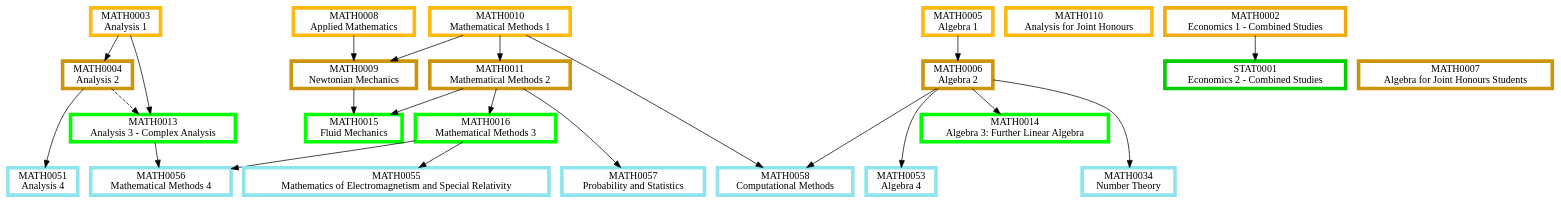
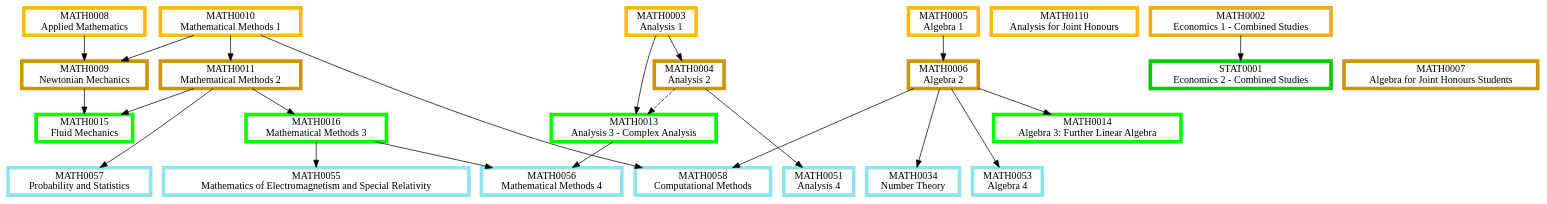
One commit to matthew-towers/pathways changed the diagram in First and Second Year.dot. Above: the diagram before and after it, drawn with Graphviz. The commit also changed 12 other files, not shown here.

```diff
--- a/First and Second Year.dot
+++ b/First and Second Year.dot
@@ -1,88 +1,88 @@
 digraph {
 	node [fillcolor=white penwidth=5 shape=box style="filled,bold"]
 	subgraph "1.0 1" {
 		rank=same
+		MATH0010 [label="MATH0010
+Mathematical Methods 1" color=darkgoldenrod1 href="https://www.ucl.ac.uk/mathematical-physical-sciences/sites/mathematical_physical_sciences/files/math0010.pdf" tooltip="Year 1, term 1"]
 		MATH0008 [label="MATH0008
-Applied Mathematics" color=darkgoldenrod1 href="https://www.ucl.ac.uk/maths/sites/maths/files/math0008.pdf" tooltip="Year 1, term 1"]
+Applied Mathematics" color=darkgoldenrod1 href="https://www.ucl.ac.uk/mathematical-physical-sciences/sites/mathematical_physical_sciences/files/math0008.pdf" tooltip="Year 1, term 1"]
 		MATH0003 [label="MATH0003
-Analysis 1" color=darkgoldenrod1 href="https://www.ucl.ac.uk/maths/sites/maths/files/math0003.pdf" tooltip="Year 1, term 1"]
+Analysis 1" color=darkgoldenrod1 href="https://www.ucl.ac.uk/mathematical-physical-sciences/sites/mathematical_physical_sciences/files/math0003.pdf" tooltip="Year 1, term 1"]
 		MATH0005 [label="MATH0005
-Algebra 1" color=darkgoldenrod1 href="https://www.ucl.ac.uk/maths/sites/maths/files/math0005.pdf" tooltip="Year 1, term 1"]
+Algebra 1" color=darkgoldenrod1 href="https://www.ucl.ac.uk/mathematical-physical-sciences/sites/mathematical_physical_sciences/files/math0005.pdf" tooltip="Year 1, term 1"]
 		MATH0110 [label="MATH0110
-Analysis for Joint Honours" color=darkgoldenrod1 href="https://www.ucl.ac.uk/maths/sites/maths/files/math0110_1.pdf" tooltip="Year 1, term 1"]
-		MATH0010 [label="MATH0010
-Mathematical Methods 1" color=darkgoldenrod1 href="https://www.ucl.ac.uk/maths/sites/maths/files/math0010.pdf" tooltip="Year 1, term 1"]
+Analysis for Joint Honours" color=darkgoldenrod1 href="https://www.ucl.ac.uk/mathematical-physical-sciences/sites/mathematical_physical_sciences/files/math0110_1.pdf" tooltip="Year 1, term 1"]
 	}
 	subgraph "1.0 1.5" {
 		rank=same
 		MATH0002 [label="MATH0002
-Economics 1 - Combined Studies" color=darkgoldenrod2 href="https://www.ucl.ac.uk/maths/sites/maths/files/math0002.pdf" tooltip="Year 1, term 1 and 2"]
+Economics 1 - Combined Studies" color=darkgoldenrod2 href="https://www.ucl.ac.uk/mathematical-physical-sciences/sites/mathematical_physical_sciences/files/math0002.pdf" tooltip="Year 1, term 1 and 2"]
 	}
 	MATH0010 -> MATH0011 [tooltip="required prerequisite"]
+	MATH0003 -> MATH0004 [tooltip="required prerequisite"]
 	MATH0005 -> MATH0006 [tooltip="required prerequisite"]
-	MATH0003 -> MATH0004 [tooltip="required prerequisite"]
 	MATH0008 -> MATH0009 [tooltip="required prerequisite"]
 	MATH0010 -> MATH0009 [tooltip="required prerequisite"]
 	subgraph "1.0 2" {
 		rank=same
 		MATH0011 [label="MATH0011
-Mathematical Methods 2" color=darkgoldenrod3 href="https://www.ucl.ac.uk/maths/sites/maths/files/math0011_2.pdf" tooltip="Year 1, term 2"]
+Mathematical Methods 2" color=darkgoldenrod3 href="https://www.ucl.ac.uk/mathematical-physical-sciences/sites/mathematical_physical_sciences/files/math0011_2.pdf" tooltip="Year 1, term 2"]
+		MATH0004 [label="MATH0004
+Analysis 2" color=darkgoldenrod3 href="https://www.ucl.ac.uk/mathematical-physical-sciences/sites/mathematical_physical_sciences/files/math0004.pdf" tooltip="Year 1, term 2"]
+		MATH0006 [label="MATH0006
+Algebra 2" color=darkgoldenrod3 href="https://www.ucl.ac.uk/mathematical-physical-sciences/sites/mathematical_physical_sciences/files/math0006.pdf" tooltip="Year 1, term 2"]
 		MATH0007 [label="MATH0007
-Algebra for Joint Honours Students" color=darkgoldenrod3 href="https://www.ucl.ac.uk/maths/sites/maths/files/math0007.pdf" tooltip="Year 1, term 2"]
-		MATH0006 [label="MATH0006
-Algebra 2" color=darkgoldenrod3 href="https://www.ucl.ac.uk/maths/sites/maths/files/math0006.pdf" tooltip="Year 1, term 2"]
-		MATH0004 [label="MATH0004
-Analysis 2" color=darkgoldenrod3 href="https://www.ucl.ac.uk/maths/sites/maths/files/math0004.pdf" tooltip="Year 1, term 2"]
+Algebra for Joint Honours Students" color=darkgoldenrod3 href="https://www.ucl.ac.uk/mathematical-physical-sciences/sites/mathematical_physical_sciences/files/math0007.pdf" tooltip="Year 1, term 2"]
 		MATH0009 [label="MATH0009
-Newtonian Mechanics" color=darkgoldenrod3 href="https://www.ucl.ac.uk/maths/sites/maths/files/math0009.pdf" tooltip="Year 1, term 2"]
+Newtonian Mechanics" color=darkgoldenrod3 href="https://www.ucl.ac.uk/mathematical-physical-sciences/sites/mathematical_physical_sciences/files/math0009.pdf" tooltip="Year 1, term 2"]
 	}
-	MATH0011 -> MATH0016 [tooltip="required prerequisite"]
+	MATH0011 -> MATH0015 [tooltip="required prerequisite"]
+	MATH0009 -> MATH0015 [tooltip="required prerequisite"]
 	MATH0003 -> MATH0013 [tooltip="required prerequisite"]
 	MATH0004 -> MATH0013 [style=dashed tooltip="recommended prerequisite"]
+	MATH0011 -> MATH0016 [tooltip="required prerequisite"]
 	MATH0006 -> MATH0014 [tooltip="required prerequisite"]
-	MATH0011 -> MATH0015 [tooltip="required prerequisite"]
-	MATH0009 -> MATH0015 [tooltip="required prerequisite"]
-	subgraph "2 1" {
+	subgraph "2.0 1" {
 		rank=same
+		MATH0015 [label="MATH0015
+Fluid Mechanics" color=green1 href="https://www.ucl.ac.uk/mathematical-physical-sciences/sites/mathematical_physical_sciences/files/math0015.pdf" tooltip="Year 2, term 1"]
+		MATH0013 [label="MATH0013
+Analysis 3 - Complex Analysis" color=green1 href="https://www.ucl.ac.uk/mathematical-physical-sciences/sites/mathematical_physical_sciences/files/math0013.pdf" tooltip="Year 2, term 1"]
 		MATH0016 [label="MATH0016
-Mathematical Methods 3" color=green1 href="https://www.ucl.ac.uk/maths/sites/maths/files/math0016.pdf" tooltip="Year 2, term 1"]
-		MATH0013 [label="MATH0013
-Analysis 3 - Complex Analysis" color=green1 href="https://www.ucl.ac.uk/maths/sites/maths/files/math0013.pdf" tooltip="Year 2, term 1"]
+Mathematical Methods 3" color=green1 href="https://www.ucl.ac.uk/mathematical-physical-sciences/sites/mathematical_physical_sciences/files/math0016.pdf" tooltip="Year 2, term 1"]
 		MATH0014 [label="MATH0014
-Algebra 3: Further Linear Algebra" color=green1 href="https://www.ucl.ac.uk/maths/sites/maths/files/math0014.pdf" tooltip="Year 2, term 1"]
-		MATH0015 [label="MATH0015
-Fluid Mechanics" color=green1 href="https://www.ucl.ac.uk/maths/sites/maths/files/math0015.pdf" tooltip="Year 2, term 1"]
+Algebra 3: Further Linear Algebra" color=green1 href="https://www.ucl.ac.uk/mathematical-physical-sciences/sites/mathematical_physical_sciences/files/math0014.pdf" tooltip="Year 2, term 1"]
 	}
 	MATH0002 -> STAT0001 [tooltip="required prerequisite"]
 	subgraph "2 1.5" {
 		rank=same
 		STAT0001 [label="STAT0001
-Economics 2 - Combined Studies" color=green3 href="https://www.ucl.ac.uk/maths/sites/maths/files/stat0001.pdf" tooltip="Year 2, term 1 and 2"]
+Economics 2 - Combined Studies" color=green3 href="https://www.ucl.ac.uk/mathematical-physical-sciences/sites/mathematical_physical_sciences/files/stat0001.pdf" tooltip="Year 2, term 1 and 2"]
 	}
+	MATH0006 -> MATH0053 [tooltip="required prerequisite"]
 	MATH0013 -> MATH0056 [tooltip="required prerequisite"]
 	MATH0016 -> MATH0056 [tooltip="required prerequisite"]
-	MATH0006 -> MATH0053 [tooltip="required prerequisite"]
-	MATH0006 -> MATH0034 [tooltip="required prerequisite"]
 	MATH0011 -> MATH0057 [tooltip="required prerequisite"]
-	MATH0016 -> MATH0055 [tooltip="required prerequisite"]
-	MATH0004 -> MATH0051 [tooltip="required prerequisite"]
 	MATH0010 -> MATH0058 [tooltip="required prerequisite"]
 	MATH0006 -> MATH0058 [tooltip="required prerequisite"]
+	MATH0016 -> MATH0055 [tooltip="required prerequisite"]
+	MATH0006 -> MATH0034 [tooltip="required prerequisite"]
+	MATH0004 -> MATH0051 [tooltip="required prerequisite"]
 	subgraph "2.5 2" {
 		rank=same
+		MATH0053 [label="MATH0053
+Algebra 4" color=cadetblue2 href="https://www.ucl.ac.uk/mathematical-physical-sciences/sites/mathematical_physical_sciences/files/math0053.pdf" tooltip="Year 2 or 3, term 2"]
 		MATH0056 [label="MATH0056
-Mathematical Methods 4" color=cadetblue2 href="https://www.ucl.ac.uk/maths/sites/maths/files/math0056.pdf" tooltip="Year 2 or 3, term 2"]
-		MATH0053 [label="MATH0053
-Algebra 4" color=cadetblue2 href="https://www.ucl.ac.uk/maths/sites/maths/files/math0053.pdf" tooltip="Year 2 or 3, term 2"]
+Mathematical Methods 4" color=cadetblue2 href="https://www.ucl.ac.uk/mathematical-physical-sciences/sites/mathematical_physical_sciences/files/math0056.pdf" tooltip="Year 2 or 3, term 2"]
+		MATH0057 [label="MATH0057
+Probability and Statistics" color=cadetblue2 href="https://www.ucl.ac.uk/mathematical-physical-sciences/sites/mathematical_physical_sciences/files/math0057.pdf" tooltip="Year 2 or 3, term 2"]
+		MATH0058 [label="MATH0058
+Computational Methods" color=cadetblue2 href="https://www.ucl.ac.uk/mathematical-physical-sciences/sites/mathematical_physical_sciences/files/math0058.pdf" tooltip="Year 2 or 3, term 2"]
+		MATH0055 [label="MATH0055
+Mathematics of Electromagnetism and Special Relativity" color=cadetblue2 href="https://www.ucl.ac.uk/mathematical-physical-sciences/sites/mathematical_physical_sciences/files/math0055_3.pdf" tooltip="Year 2 or 3, term 2"]
 		MATH0034 [label="MATH0034
-Number Theory" color=cadetblue2 href="https://www.ucl.ac.uk/maths/sites/maths/files/math0034.pdf" tooltip="Year 2 or 3, term 2"]
-		MATH0057 [label="MATH0057
-Probability and Statistics" color=cadetblue2 href="https://www.ucl.ac.uk/maths/sites/maths/files/math0057.pdf" tooltip="Year 2 or 3, term 2"]
-		MATH0055 [label="MATH0055
-Mathematics of Electromagnetism and Special Relativity" color=cadetblue2 href="https://www.ucl.ac.uk/maths/sites/maths/files/math0055_3.pdf" tooltip="Year 2 or 3, term 2"]
+Number Theory" color=cadetblue2 href="https://www.ucl.ac.uk/mathematical-physical-sciences/sites/mathematical_physical_sciences/files/math0034.pdf" tooltip="Year 2 or 3, term 2"]
 		MATH0051 [label="MATH0051
-Analysis 4" color=cadetblue2 href="https://www.ucl.ac.uk/maths/sites/maths/files/math0051.pdf" tooltip="Year 2 or 3, term 2"]
-		MATH0058 [label="MATH0058
-Computational Methods" color=cadetblue2 href="https://www.ucl.ac.uk/maths/sites/maths/files/math0058.pdf" tooltip="Year 2 or 3, term 2"]
+Analysis 4" color=cadetblue2 href="https://www.ucl.ac.uk/mathematical-physical-sciences/sites/mathematical_physical_sciences/files/math0051.pdf" tooltip="Year 2 or 3, term 2"]
 	}
 }
```
